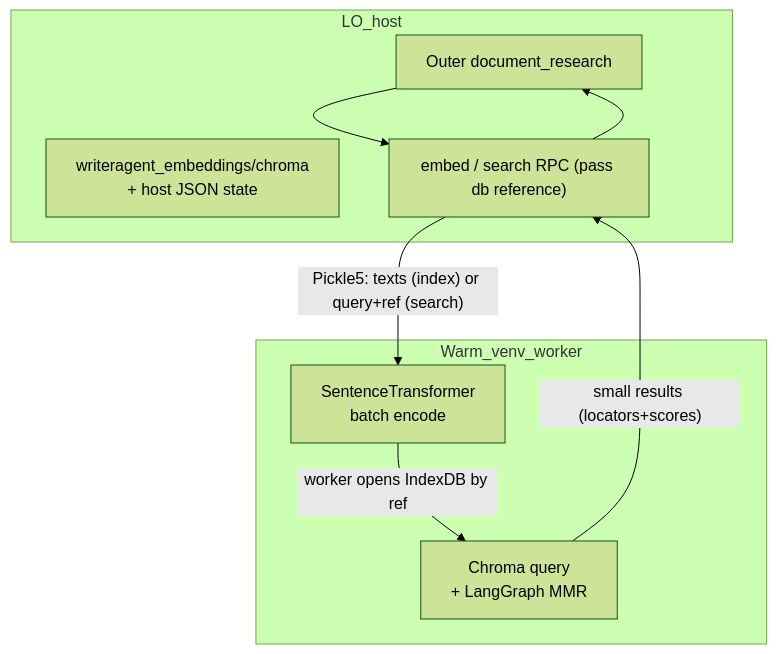
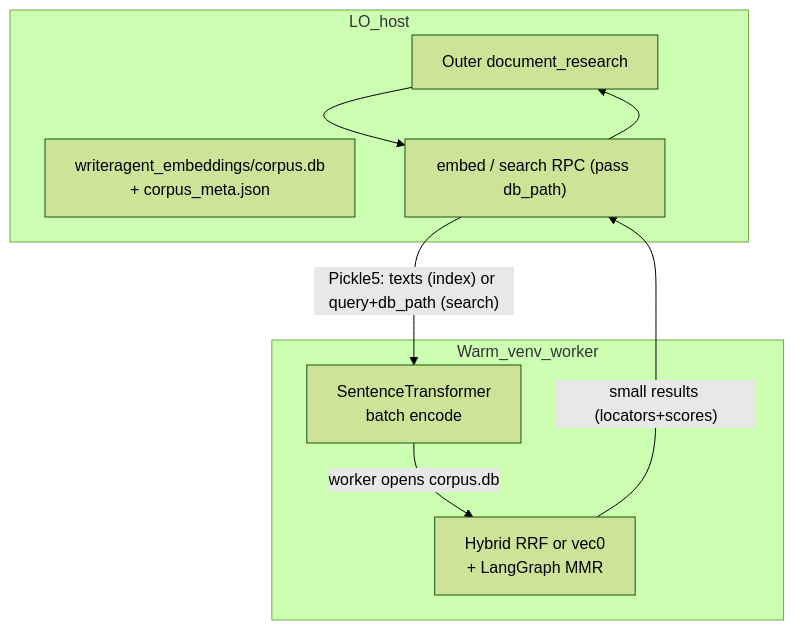
Before and after one commit to KeithCu/writeragent: the fourth of 4 diagrams in docs/embeddings.md, drawn with Mermaid (forest theme). The commit also changed other lines of this file and 3 other files, not shown here.

````diff
--- a/docs/embeddings.md
+++ b/docs/embeddings.md
@@ -842,17 +846,17 @@
 ```mermaid
 flowchart TB
   subgraph host [LO_host]
     Outer["Outer document_research"]
-    IndexDB["writeragent_embeddings/chroma\n+ host JSON state"]
-    RPC["embed / search RPC (pass db reference)"]
+    IndexDB["writeragent_embeddings/corpus.db\n+ corpus_meta.json"]
+    RPC["embed / search RPC (pass db_path)"]
   end
   subgraph venv [Warm_venv_worker]
     ST["SentenceTransformer\nbatch encode"]
-    Search["Chroma query\n+ LangGraph MMR"]
+    Search["Hybrid RRF or vec0\n+ LangGraph MMR"]
   end
   Outer --> RPC
-  RPC -->|"Pickle5: texts (index) or query+ref (search)"| ST
-  ST -->|"worker opens IndexDB by ref"| Search
+  RPC -->|"Pickle5: texts (index) or query+db_path (search)"| ST
+  ST -->|"worker opens corpus.db"| Search
   Search -->|"small results (locators+scores)"| RPC
   RPC --> Outer
 ```
````
